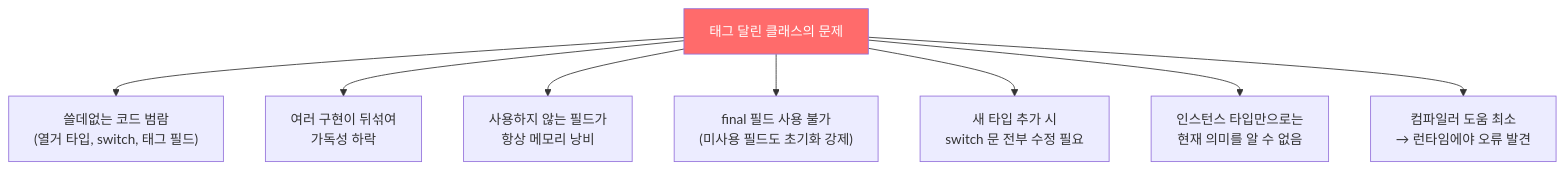
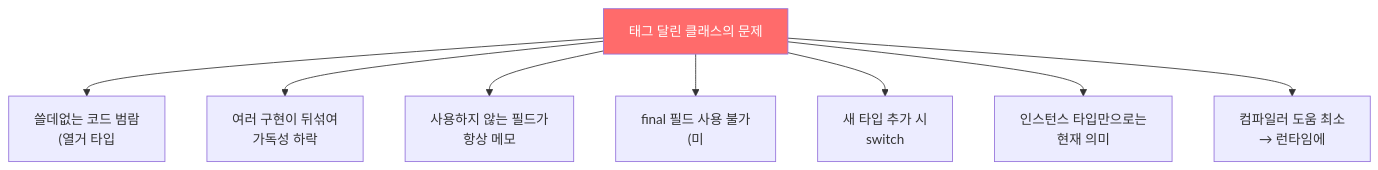
The first of 4 diagrams in _posts/java/2022-01-04-effective-java23.md (yjkim2015/yjkim2015.github.io), drawn with Mermaid before and after one commit. The commit also changed other lines of this file and 271 other files, not shown here.

First line of the commit message:
Mermaid 라벨 축소: 긴 노드 텍스트 18자 이하로 트림 + \n 제거

````diff
--- a/_posts/java/2022-01-04-effective-java23.md
+++ b/_posts/java/2022-01-04-effective-java23.md
@@ -58,11 +58,11 @@
 ```mermaid
 graph TD
-    A["태그 달린 클래스의 문제"] --> B["쓸데없는 코드 범람\n(열거 타입, switch, 태그 필드)"]
+    A["태그 달린 클래스의 문제"] --> B["쓸데없는 코드 범람\n(열거 타입"]
     A --> C["여러 구현이 뒤섞여\n가독성 하락"]
-    A --> D["사용하지 않는 필드가\n항상 메모리 낭비"]
-    A --> E["final 필드 사용 불가\n(미사용 필드도 초기화 강제)"]
-    A --> F["새 타입 추가 시\nswitch 문 전부 수정 필요"]
-    A --> G["인스턴스 타입만으로는\n현재 의미를 알 수 없음"]
-    A --> H["컴파일러 도움 최소\n→ 런타임에야 오류 발견"]
+    A --> D["사용하지 않는 필드가\n항상 메모"]
+    A --> E["final 필드 사용 불가\n(미"]
+    A --> F["새 타입 추가 시\nswitch"]
+    A --> G["인스턴스 타입만으로는\n현재 의미"]
+    A --> H["컴파일러 도움 최소\n→ 런타임에"]
     style A fill:#ff6b6b,color:#fff
 ```
````
